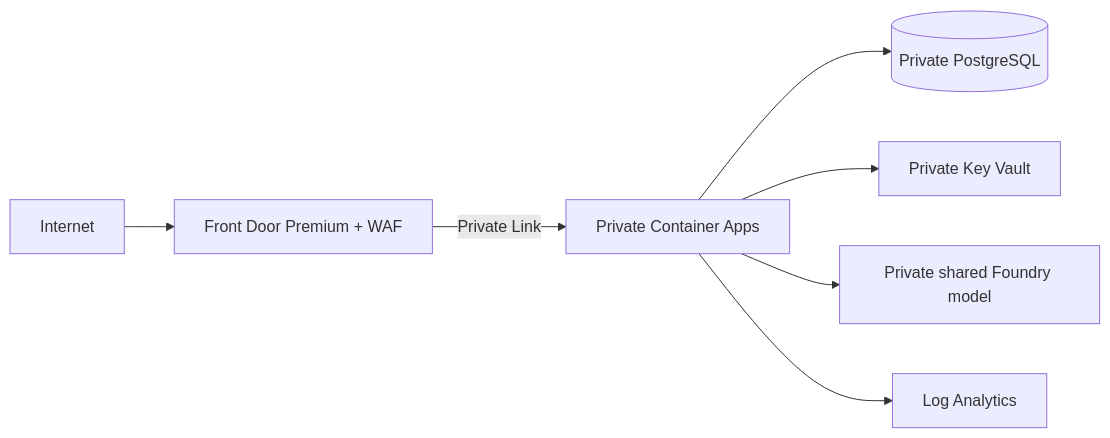
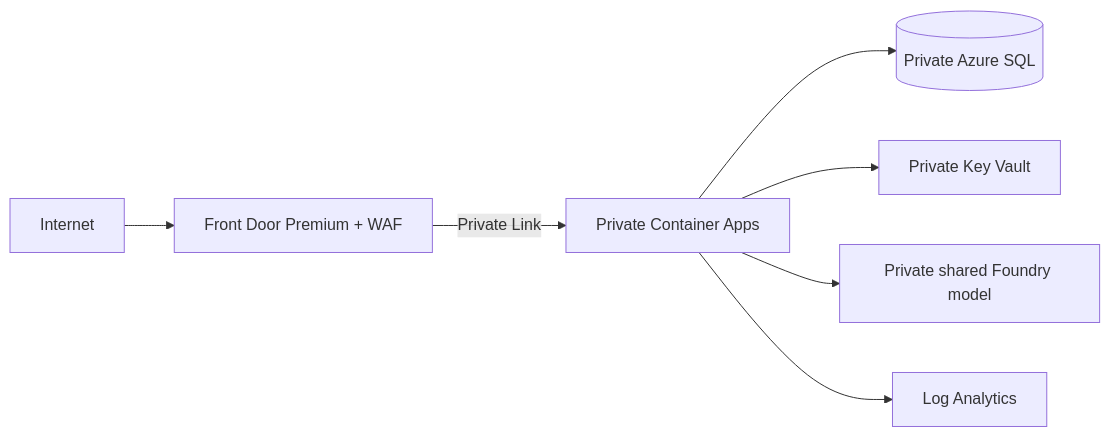
Before and after one commit to sumitsharma01/soloai: the second of 2 diagrams in README.md, drawn with Mermaid. The commit also changed other lines of this file and 26 other files, not shown here.

Commit message:
Use Azure SQL free allowance with auto-pause and update architecture

````diff
--- a/README.md
+++ b/README.md
@@ -195,9 +207,9 @@
 ```mermaid
 flowchart LR
   I[Internet] --> F[Front Door Premium + WAF]
   F -->|Private Link| A[Private Container Apps]
-  A --> P[(Private PostgreSQL)]
+  A --> P[(Private Azure SQL)]
   A --> K[Private Key Vault]
   A --> M[Private shared Foundry model]
   A --> L[Log Analytics]
 ```
````
